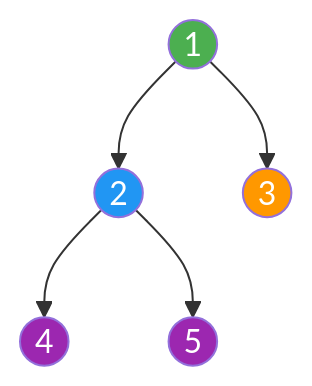
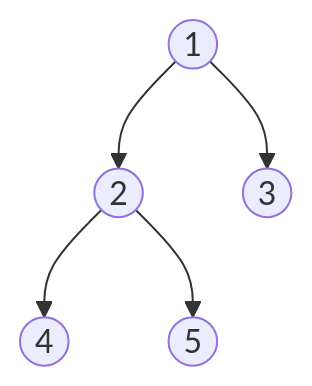
One commit to FPTOJ-OJ/fptoj_wiki changed the second of 4 diagrams in docs/lessons/dp-on-trees.md. Above: the diagram before and after it, drawn with Mermaid. The commit also changed other lines of this file and 18 other files, not shown here.

First line of the commit message:
fix: LaTeX errors, mermaid theme switching, remove custom colors

````diff
--- a/docs/lessons/dp-on-trees.md
+++ b/docs/lessons/dp-on-trees.md
@@ -98,13 +99,7 @@
 ```mermaid
 graph TD
     A((1)) --> B((2))
     A --> C((3))
     B --> D((4))
     B --> E((5))
-
-    style A fill:#4CAF50,color:#fff
-    style B fill:#2196F3,color:#fff
-    style C fill:#FF9800,color:#fff
-    style D fill:#9C27B0,color:#fff
-    style E fill:#9C27B0,color:#fff
 ```
````
